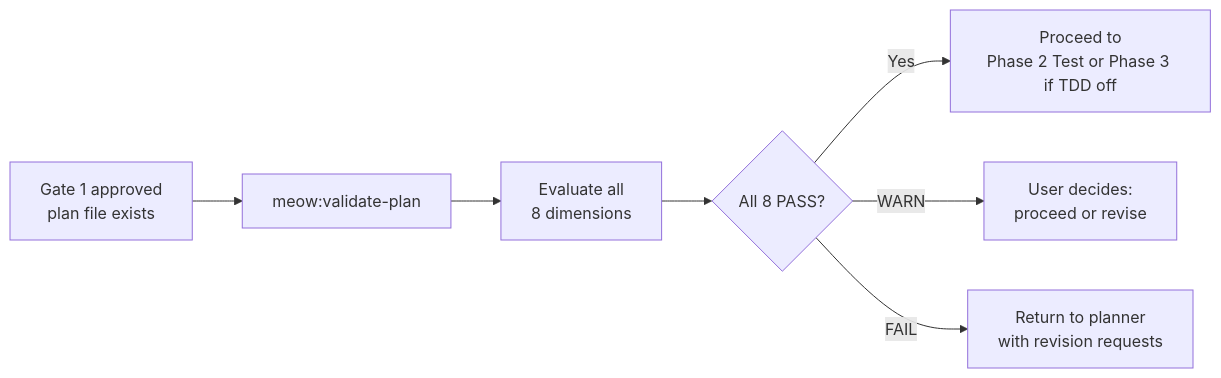
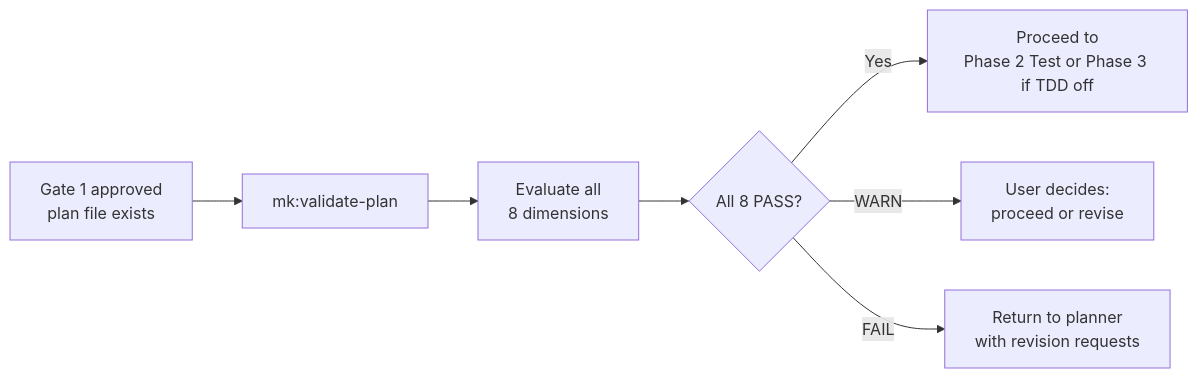
The diagram in website/reference/skills/validate-plan.md (ngocsangyem/MeowKit), drawn with Mermaid before and after one commit. The commit also changed other lines of this file and 1235 other files, not shown here.

````diff
--- a/website/reference/skills/validate-plan.md
+++ b/website/reference/skills/validate-plan.md
@@ -54,9 +54,9 @@
 ```mermaid
 flowchart LR
-    A[Gate 1 approved\nplan file exists] --> B[meow:validate-plan]
+    A[Gate 1 approved\nplan file exists] --> B[mk:validate-plan]
     B --> C[Evaluate all\n8 dimensions]
     C --> D{All 8 PASS?}
     D -- Yes --> E[Proceed to\nPhase 2 Test or Phase 3 if TDD off]
     D -- WARN --> F[User decides:\nproceed or revise]
     D -- FAIL --> G[Return to planner\nwith revision requests]
 ```
````
